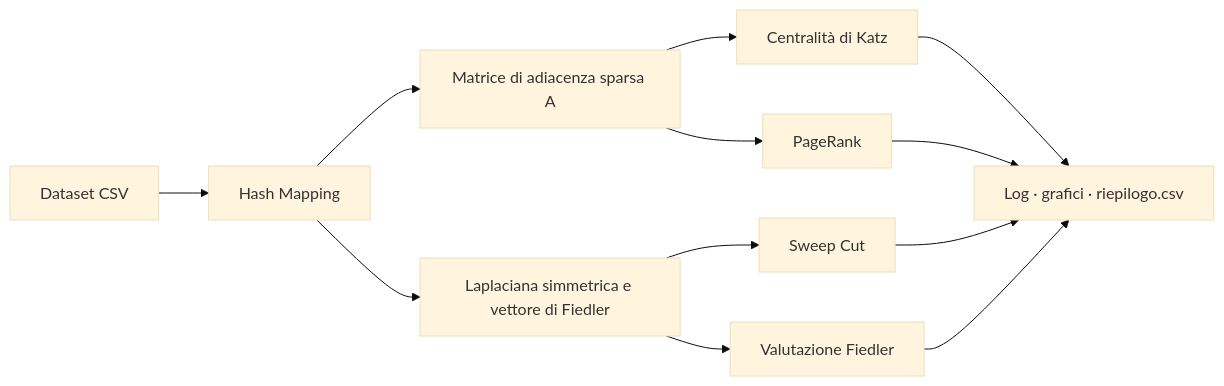
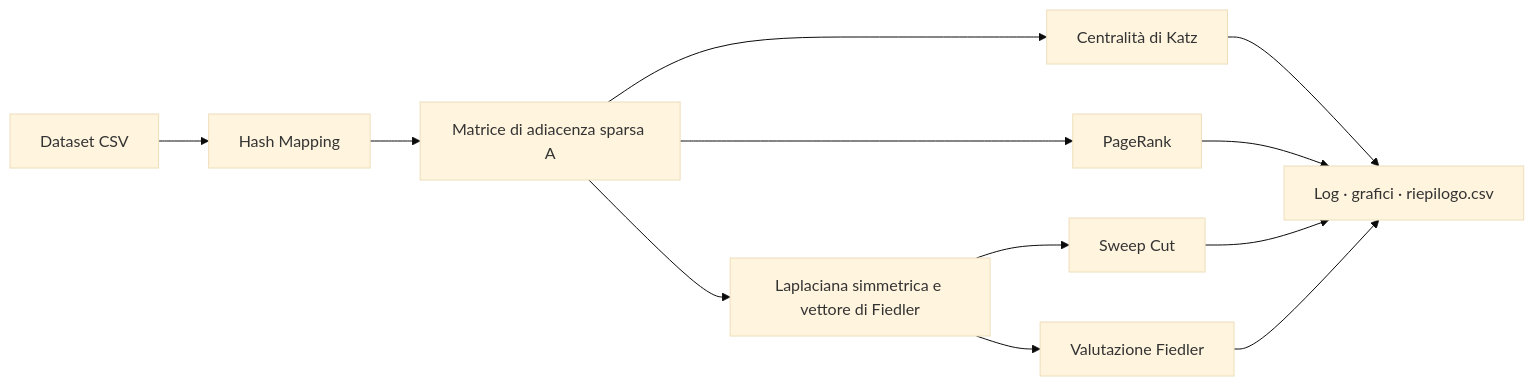
The diagram in README.md (AndreaMartilotti/Tesi-in-Calcolo-Numerico-Analisi-della-stabilita-blockchain-DAG), drawn with Mermaid (base theme) before and after one commit. The commit also changed other lines of this file, not shown here.

````diff
--- a/README.md
+++ b/README.md
@@ -35,14 +35,14 @@
 ```mermaid
 flowchart LR
     A[Dataset CSV] --> B[Hash Mapping]
     B --> C[Matrice di adiacenza sparsa A<br/>]
     C --> D[Centralità di Katz<br/>]
     C --> E[PageRank<br/>]
-    B --> G[Laplaciana simmetrica e vettore di Fiedler]
+    C --> G[Laplaciana simmetrica e vettore di Fiedler]
     G --> H[Sweep Cut<br/>]
     G --> I[Valutazione Fiedler]
     D --> J[Log · grafici · riepilogo.csv]
     E --> J
     H --> J
     I --> J
 ```
````
